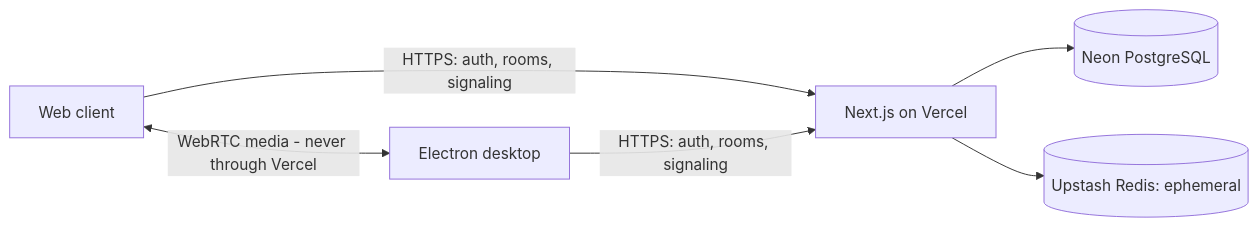
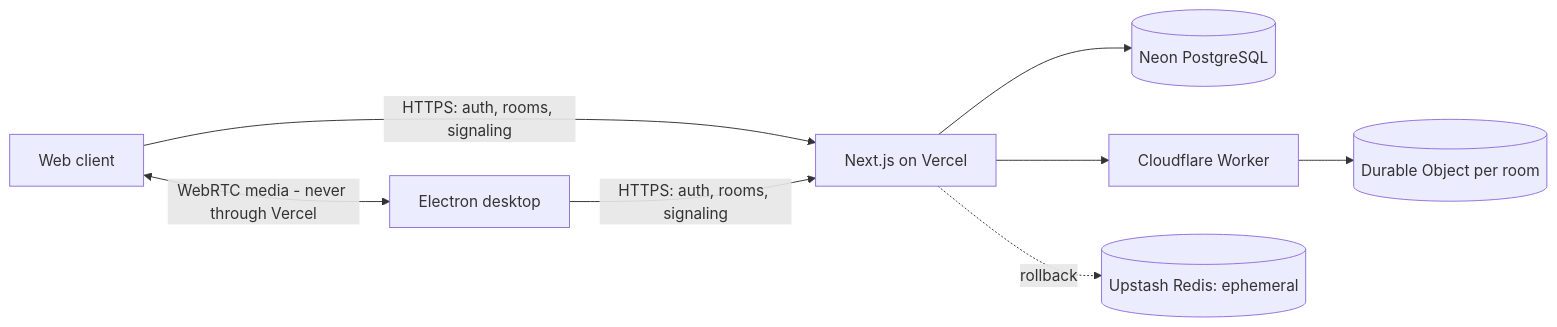
Before and after one commit to SCamposs/JanjaLive: the first of 2 diagrams in docs/architecture.md, drawn with Mermaid. The commit also changed other lines of this file and 34 other files, not shown here.

````diff
--- a/docs/architecture.md
+++ b/docs/architecture.md
@@ -5,8 +5,10 @@
 ```mermaid
 flowchart LR
   A[Web client] -->|HTTPS: auth, rooms, signaling| V[Next.js on Vercel]
   B[Electron desktop] -->|HTTPS: auth, rooms, signaling| V
   V --> N[(Neon PostgreSQL)]
-  V --> R[(Upstash Redis: ephemeral)]
+  V --> C[Cloudflare Worker]
+  C --> D[(Durable Object per room)]
+  V -. rollback .-> R[(Upstash Redis: ephemeral)]
   A <-->|WebRTC media - never through Vercel| B
 ```
````
